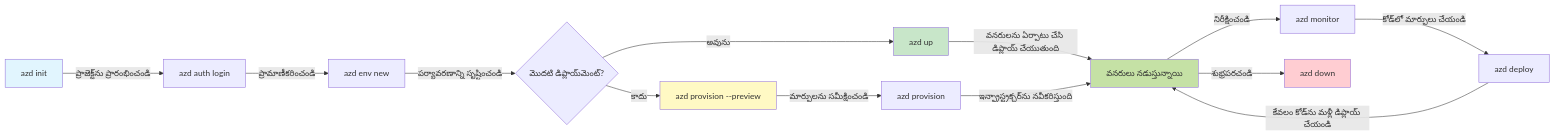
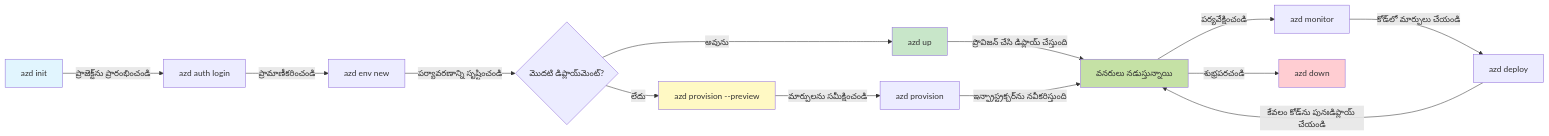
One commit to microsoft/AZD-for-beginners changed the first of 2 diagrams in translations/te/docs/chapter-01-foundation/azd-basics.md. Above: the diagram before and after it, drawn with Mermaid. The commit also changed other lines of this file and 102 other files, not shown here.

````diff
--- a/translations/te/docs/chapter-01-foundation/azd-basics.md
+++ b/translations/te/docs/chapter-01-foundation/azd-basics.md
@@ -254,21 +269,21 @@
 ```mermaid
 graph LR
     A[azd init] -->|ప్రాజెక్ట్‌ను ప్రారంభించండి| B[azd auth login]
     B -->|ప్రామాణీకరించండి| C[azd env new]
     C -->|పర్యావరణాన్ని సృష్టించండి| D{మొదటి డిప్లాయ్‌మెంట్?}
     D -->|అవును| E[azd up]
-    D -->|కాదు| F[azd provision --preview]
+    D -->|లేదు| F[azd provision --preview]
     F -->|మార్పులను సమీక్షించండి| G[azd provision]
-    E -->|వనరులను ఏర్పాటు చేసి డిప్లాయ్ చేయుతుంది| H[వనరులు నడుస్తున్నాయి]
+    E -->|ప్రొవిజన్ చేసి డిప్లాయ్ చేస్తుంది| H[వనరులు నడుస్తున్నాయి]
     G -->|ఇన్ఫ్రాస్ట్రక్చర్‌ను నవీకరిస్తుంది| H
-    H -->|నిరీక్షించండి| I[azd monitor]
+    H -->|పర్యవేక్షించండి| I[azd monitor]
     I -->|కోడ్‌లో మార్పులు చేయండి| J[azd deploy]
-    J -->|కేవలం కోడ్‌ను మళ్లీ డిప్లాయ్ చేయండి| H
+    J -->|కేవలం కోడ్‌ను పునఃడిప్లాయ్ చేయండి| H
     H -->|శుభ్రపరచండి| K[azd down]
     
     style A fill:#e1f5fe
     style E fill:#c8e6c9
     style F fill:#fff9c4
     style H fill:#c5e1a5
     style K fill:#ffcdd2
 ```
````
